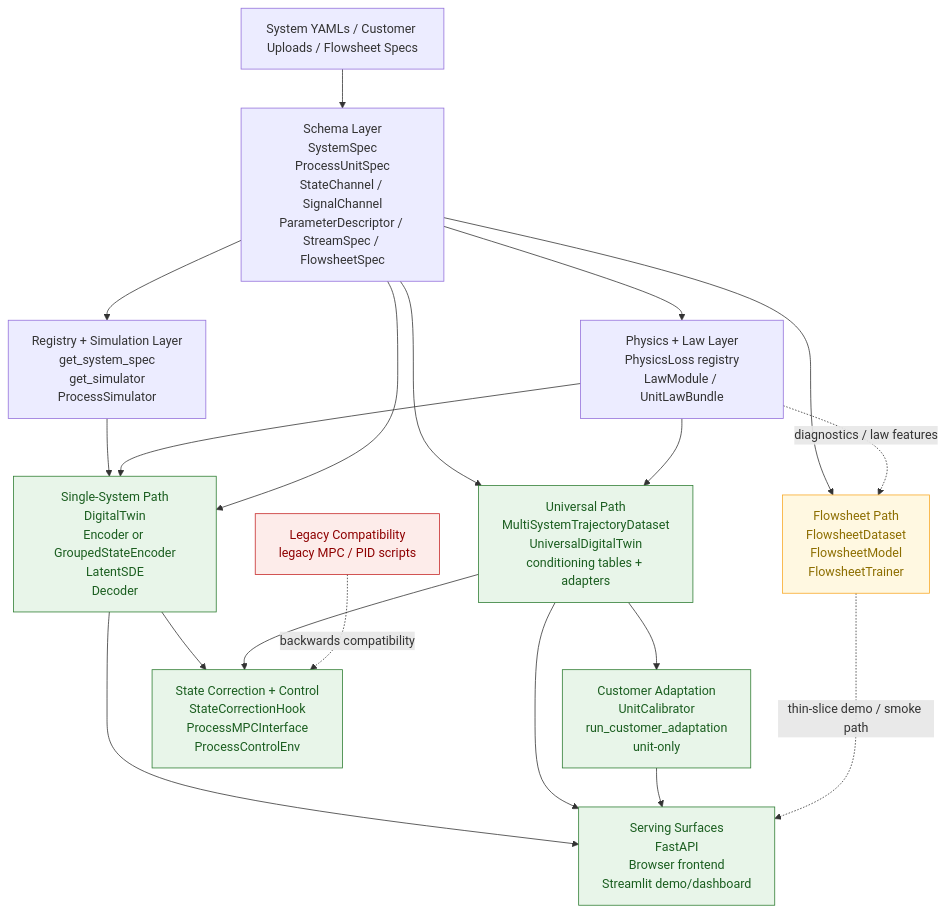
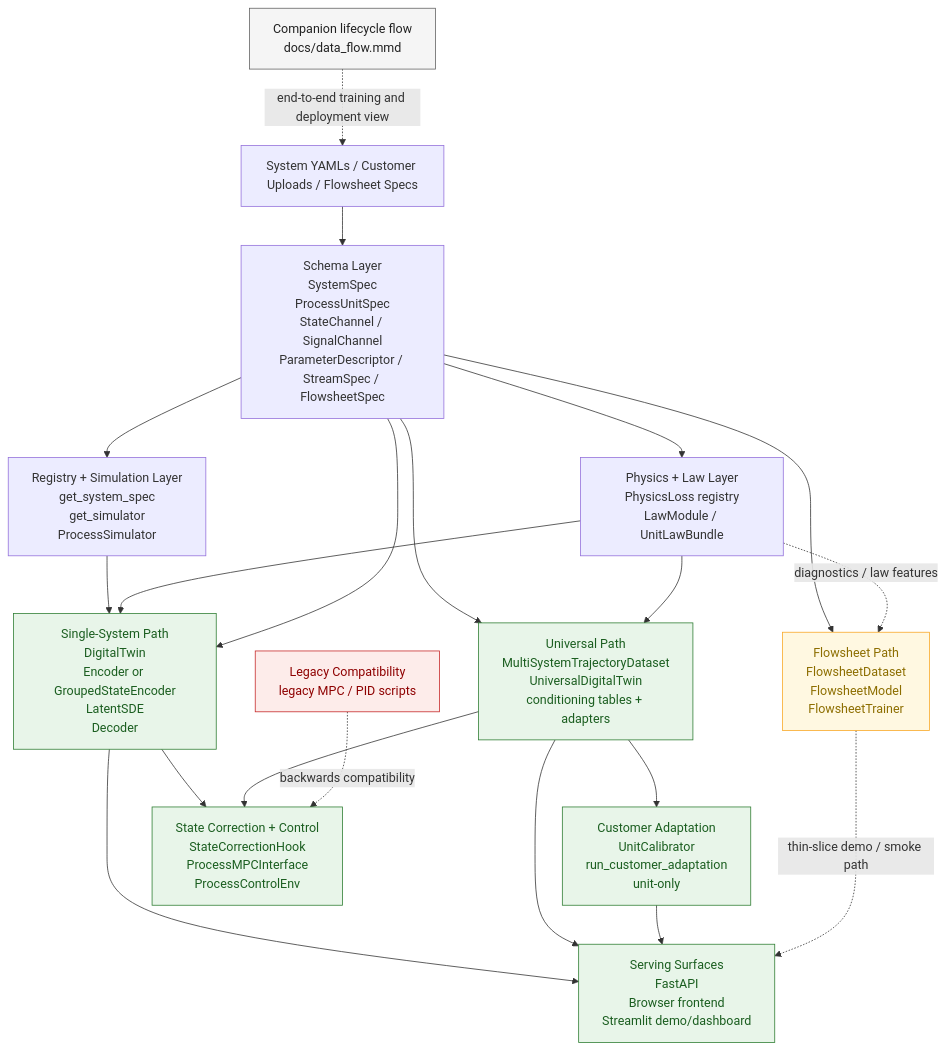
Before and after one commit to esmaeelMhd/digital-twin-engine: the diagram in docs/diagram.mmd, drawn with Mermaid. The commit also changed 2 other files, not shown here.

Commit message:
Add documentation for data flow and architecture diagrams

```diff
--- a/docs/diagram.mmd
+++ b/docs/diagram.mmd
@@ -1,45 +1,49 @@
 flowchart TD
+    REF[Companion lifecycle flow\ndocs/data_flow.mmd]
     A[System YAMLs / Customer Uploads / Flowsheet Specs]
     B[Schema Layer\nSystemSpec\nProcessUnitSpec\nStateChannel / SignalChannel\nParameterDescriptor / StreamSpec / FlowsheetSpec]
     C[Registry + Simulation Layer\nget_system_spec\nget_simulator\nProcessSimulator]
     D[Physics + Law Layer\nPhysicsLoss registry\nLawModule / UnitLawBundle]
 
     E[Single-System Path\nDigitalTwin\nEncoder or GroupedStateEncoder\nLatentSDE\nDecoder]
     F[Universal Path\nMultiSystemTrajectoryDataset\nUniversalDigitalTwin\nconditioning tables + adapters]
     G[Customer Adaptation\nUnitCalibrator\nrun_customer_adaptation\nunit-only]
     H[Flowsheet Path\nFlowsheetDataset\nFlowsheetModel\nFlowsheetTrainer]
 
     I[State Correction + Control\nStateCorrectionHook\nProcessMPCInterface\nProcessControlEnv]
     J[Serving Surfaces\nFastAPI\nBrowser frontend\nStreamlit demo/dashboard]
     K[Legacy Compatibility\nlegacy MPC / PID scripts]
 
+    REF -. end-to-end training and deployment view .-> A
     A --> B
     B --> C
     B --> D
     C --> E
     D --> E
     B --> E
 
     B --> F
     D --> F
     F --> G
 
     B --> H
     D -. diagnostics / law features .-> H
 
     E --> I
     F --> I
 
     E --> J
     F --> J
     G --> J
     H -. thin-slice demo / smoke path .-> J
     K -. backwards compatibility .-> I
 
     classDef first fill:#e8f5e9,stroke:#2e7d32,stroke-width:1px,color:#1b5e20;
     classDef thin fill:#fff8e1,stroke:#f9a825,stroke-width:1px,color:#8d6e00;
     classDef legacy fill:#fdecea,stroke:#c62828,stroke-width:1px,color:#8e0000;
+    classDef note fill:#f5f5f5,stroke:#616161,stroke-width:1px,color:#212121;
 
     class E,F,G,I,J first;
     class H thin;
     class K legacy;
+    class REF note;
```
